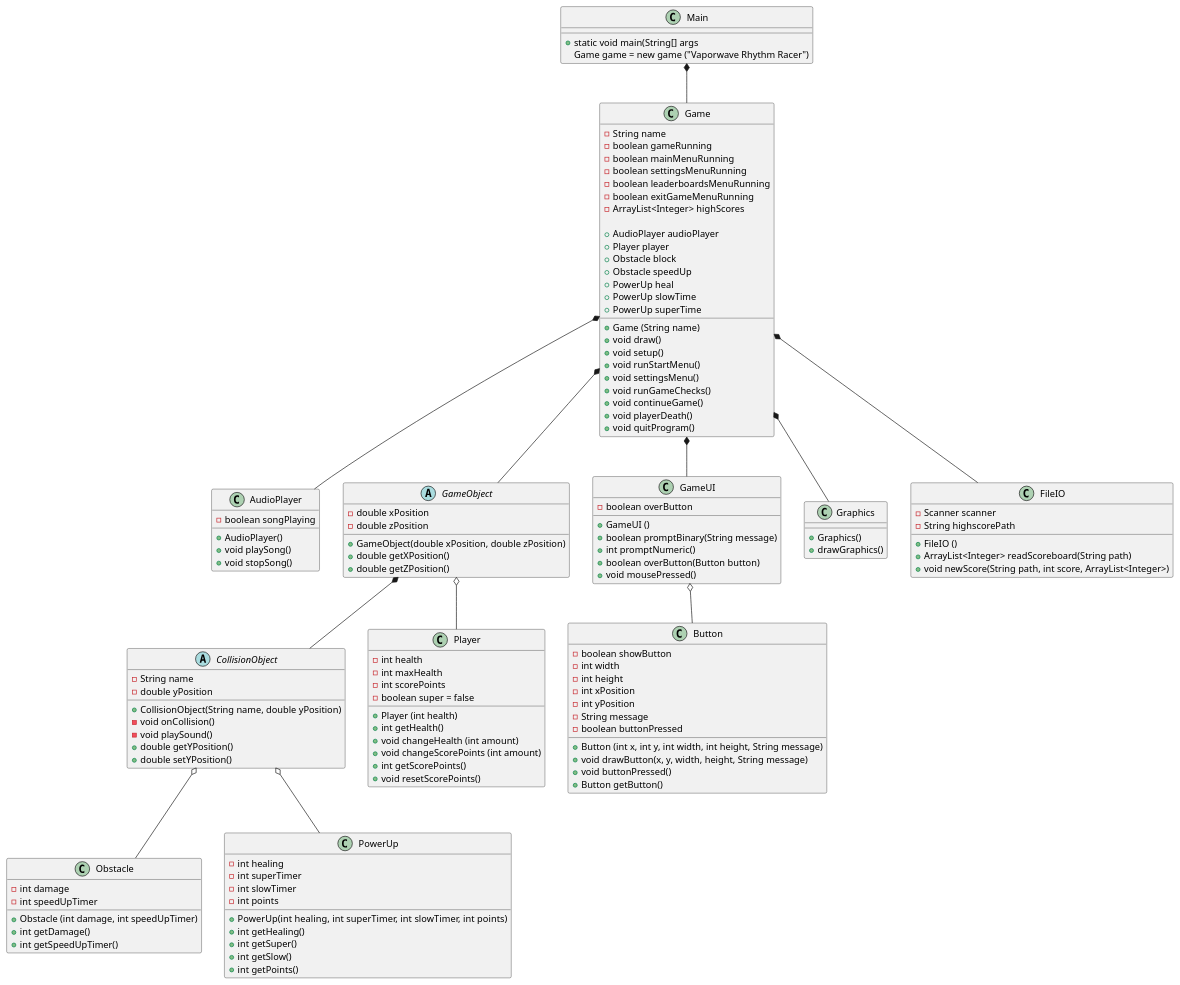
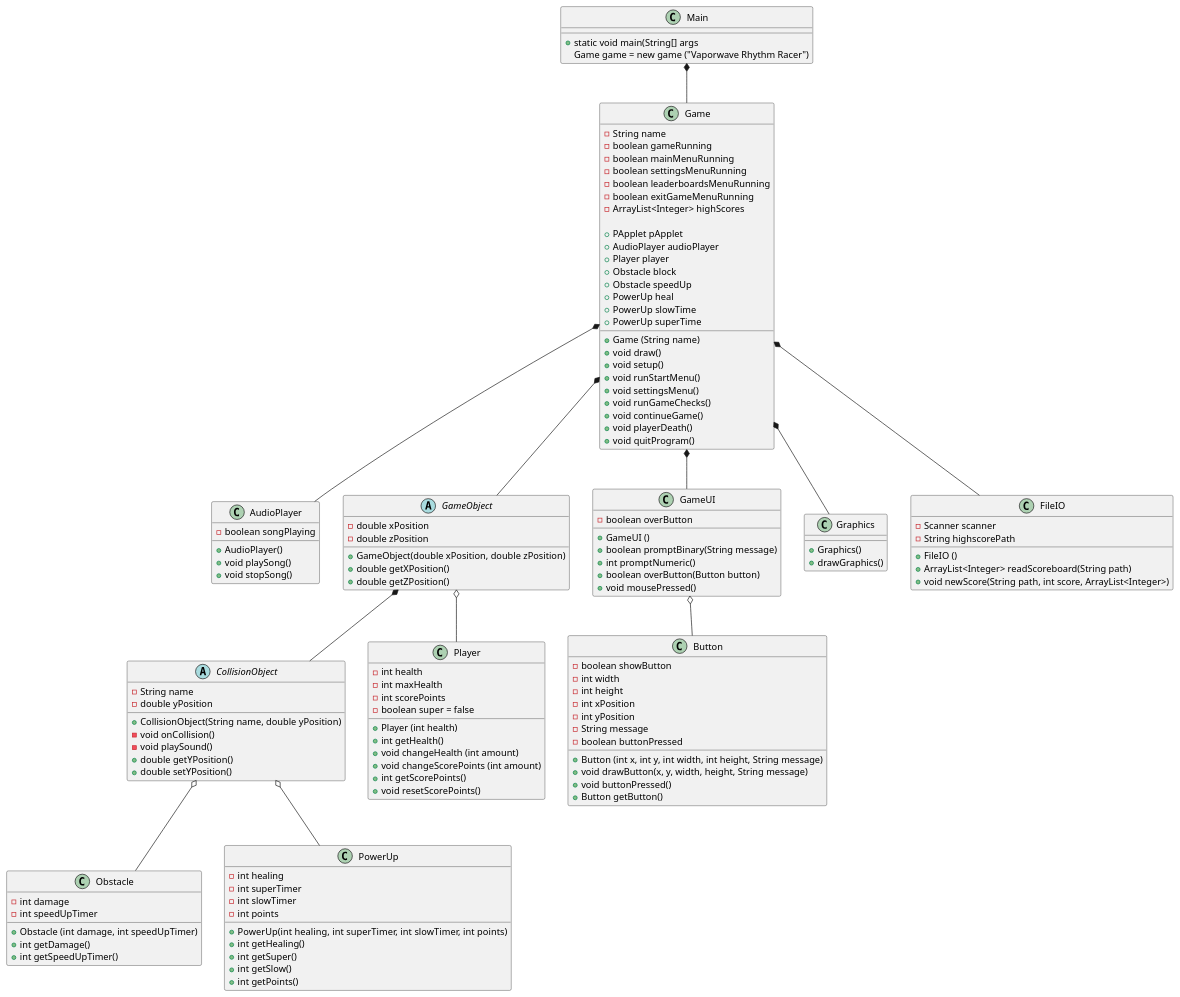
One commit to Gervig/Vaporwave-Rhythm-Racer changed the diagram in doc/Plan/static/classdiagram.puml. Above: the diagram before and after it, drawn with PlantUML. The commit also changed 2 other files, not shown here.

Commit message:
class diagram edits & PApplet stuff

```diff
--- a/doc/Plan/static/classdiagram.puml
+++ b/doc/Plan/static/classdiagram.puml
@@ -1,180 +1,181 @@
 @startuml
 'https://plantuml.com/class-diagram
 
 class Main {
 + static void main(String[] args
 Game game = new game ("Vaporwave Rhythm Racer")
 }
 
 class Game {
 - String name
 - boolean gameRunning
 - boolean mainMenuRunning
 - boolean settingsMenuRunning
 - boolean leaderboardsMenuRunning
 - boolean exitGameMenuRunning
 'maybe use tree map
 - ArrayList<Integer> highScores
 
 'objects
++ PApplet pApplet
 + AudioPlayer audioPlayer
 + Player player
 + Obstacle block
 + Obstacle speedUp
 + PowerUp heal
 + PowerUp slowTime
 + PowerUp superTime
 
 
 'constructor
 + Game (String name)
 + void draw()
 + void setup()
 + void runStartMenu()
 + void settingsMenu()
 'checks for player collisions
 + void runGameChecks()
 + void continueGame()
 + void playerDeath()
 + void quitProgram()
 }
 
 'extra feature for later
 class AudioPlayer{
 - boolean songPlaying
 
 'constructor
 + AudioPlayer()
 + void playSong()
 + void stopSong()
 }
 
 'creates different obstacles
 abstract class GameObject{
 - double xPosition
 - double zPosition
 
 'constructor
 + GameObject(double xPosition, double zPosition)
 + double getXPosition()
 + double getZPosition()
 }
 
 abstract class CollisionObject{
 - String name
 - double yPosition
 
 'constructor
 + CollisionObject(String name, double yPosition)
 - void onCollision()
 - void playSound()
 + double getYPosition()
 + double setYPosition()
 }
 
 'handles the player's input
 class Player{
 - int health
 - int maxHealth
 - int scorePoints
 - boolean super = false
 
 'constructor, set players health to 3 or w/e we want in the constructor & maxHealth
 + Player (int health)
 + int getHealth()
 + void changeHealth (int amount)
 + void changeScorePoints (int amount)
 + int getScorePoints()
 + void resetScorePoints()
 }
 
 class Obstacle{
 - int damage
 - int speedUpTimer
 
 'constructor
 + Obstacle (int damage, int speedUpTimer)
 + int getDamage()
 + int getSpeedUpTimer()
 '- boolean moreObstacles    adds more obstacles to the game for a short time
 '- int moreObstaclesTimer
 '- boolean hacked   add stuff to the screen that makes it hard to see the game
 '- int hackedTimer
 }
 
 class PowerUp{
 - int healing
 - int superTimer
 - int slowTimer
 - int points
 
 'constructor
 + PowerUp(int healing, int superTimer, int slowTimer, int points)
 + int getHealing()
 + int getSuper()
 + int getSlow()
 + int getPoints()
 }
 
 
 'creates buttons and general UI for the user to interact with
 class GameUI{
 - boolean overButton
 
 'constructor
 + GameUI ()
 + boolean promptBinary(String message)
 + int promptNumeric()
 + boolean overButton(Button button)
 + void mousePressed()
 '+ void createSlider()      check processing "Handles" example
 }
 
 class Button{
 - boolean showButton
 - int width
 - int height
 - int xPosition
 - int yPosition
 - String message
 - boolean buttonPressed
 
 'constructor
 + Button (int x, int y, int width, int height, String message)
 + void drawButton(x, y, width, height, String message)
 + void buttonPressed()
 + Button getButton()
 }
 
 class Graphics{
 
 'constructor
 + Graphics()
 + drawGraphics()
 }
 
 'handles highscores
 class FileIO{
 - Scanner scanner
 - String highscorePath
 
 'constructor
 + FileIO ()
 ' use treeMap to sort list, so that the highest highscore gets displayed in the top
 + ArrayList<Integer> readScoreboard(String path)
 + void newScore(String path, int score, ArrayList<Integer>)
 }
 
 Main *-- Game
 Game *-- FileIO
 Game *-- GameUI
 Game *-- GameObject
 Game *-- Graphics
 Game *-- AudioPlayer
 GameObject o-- Player
 GameObject *-- CollisionObject
 CollisionObject o-- Obstacle
 CollisionObject o-- PowerUp
 GameUI o-- Button
 
 @enduml
```
